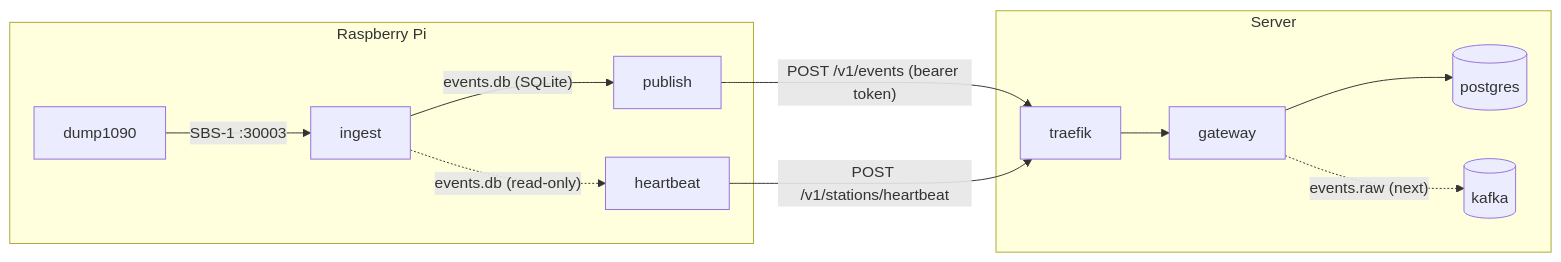
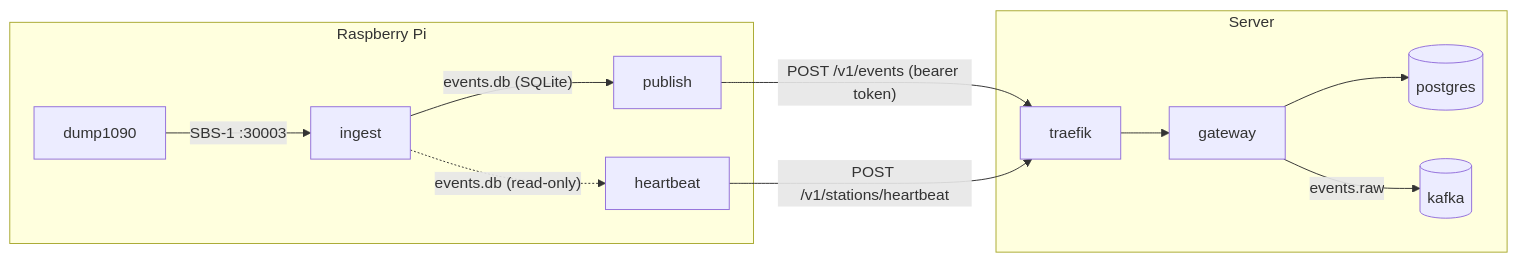
One commit to matthew-vance/listening-post changed the diagram in README.md. Above: the diagram before and after it, drawn with Mermaid. The commit also changed other lines of this file and 11 other files, not shown here.

Commit message:
publish events to kafka

````diff
--- a/README.md
+++ b/README.md
@@ -7,15 +7,15 @@
 ```mermaid
 flowchart LR
     subgraph pi [Raspberry Pi]
         dump1090 -- "SBS-1 :30003" --> ingest
         ingest -- "events.db (SQLite)" --> publish
         ingest -. "events.db (read-only)" .-> heartbeat
     end
     subgraph server [Server]
         traefik --> gateway
         gateway --> postgres[(postgres)]
-        gateway -. "events.raw (next)" .-> kafka[(kafka)]
+        gateway -- "events.raw" --> kafka[(kafka)]
     end
     publish -- "POST /v1/events (bearer token)" --> traefik
     heartbeat -- "POST /v1/stations/heartbeat" --> traefik
 ```
````
